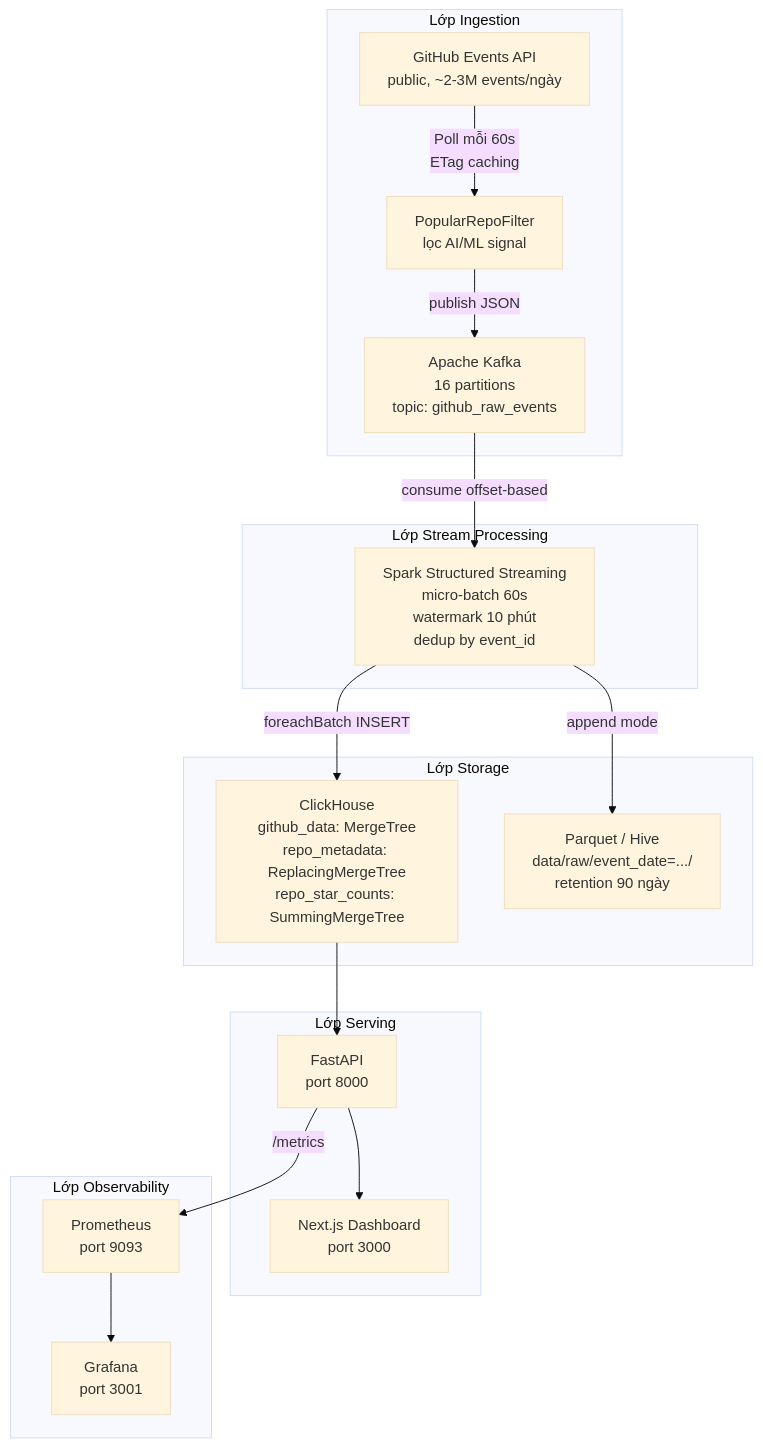
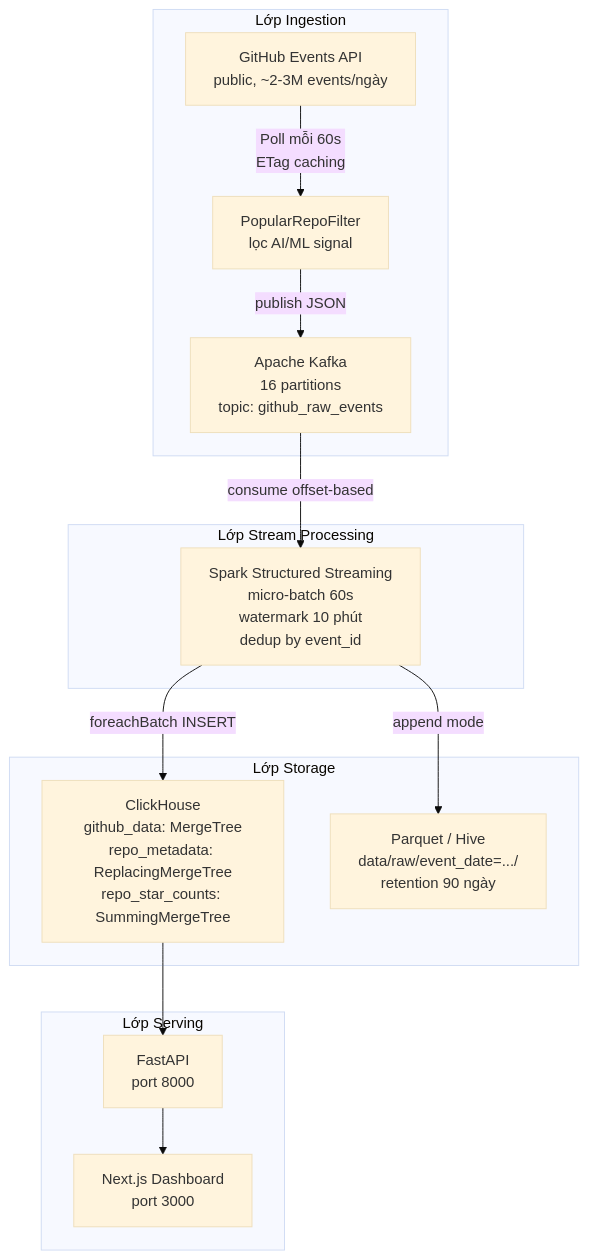
The diagram in docs/mermaid/architecture_overview.mmd (Himlamtech/Github-Analyzer), drawn with Mermaid (base theme) before and after one commit. The commit also changed 47 other files, not shown here.

First line of the commit message:
Refactor observability metrics and logging configuration

```diff
--- a/docs/mermaid/architecture_overview.mmd
+++ b/docs/mermaid/architecture_overview.mmd
@@ -1,34 +1,27 @@
 flowchart TD
     subgraph INGEST["Lớp Ingestion"]
         GH["GitHub Events API<br/>public, ~2-3M events/ngày"]
         FILTER["PopularRepoFilter<br/>lọc AI/ML signal"]
         KAFKA["Apache Kafka<br/>16 partitions<br/>topic: github_raw_events"]
         GH -->|"Poll mỗi 60s<br/>ETag caching"| FILTER
         FILTER -->|"publish JSON"| KAFKA
     end
 
     subgraph PROCESS["Lớp Stream Processing"]
         SPARK["Spark Structured Streaming<br/>micro-batch 60s<br/>watermark 10 phút<br/>dedup by event_id"]
         KAFKA -->|"consume offset-based"| SPARK
     end
 
     subgraph STORAGE["Lớp Storage"]
         CH["ClickHouse<br/>github_data: MergeTree<br/>repo_metadata: ReplacingMergeTree<br/>repo_star_counts: SummingMergeTree"]
         PQ["Parquet / Hive<br/>data/raw/event_date=.../<br/>retention 90 ngày"]
         SPARK -->|"foreachBatch INSERT"| CH
         SPARK -->|"append mode"| PQ
     end
 
     subgraph SERVE["Lớp Serving"]
         API["FastAPI<br/>port 8000"]
         FE["Next.js Dashboard<br/>port 3000"]
         CH --> API
         API --> FE
     end
-
-    subgraph OBS["Lớp Observability"]
-        PROM["Prometheus<br/>port 9093"]
-        GRAF["Grafana<br/>port 3001"]
-        API -->|"/metrics"| PROM
-        PROM --> GRAF
-    end
```
